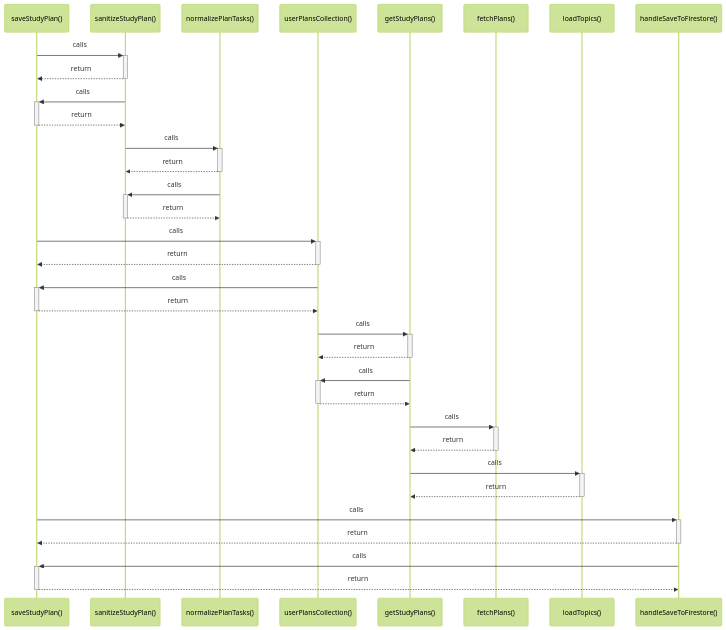
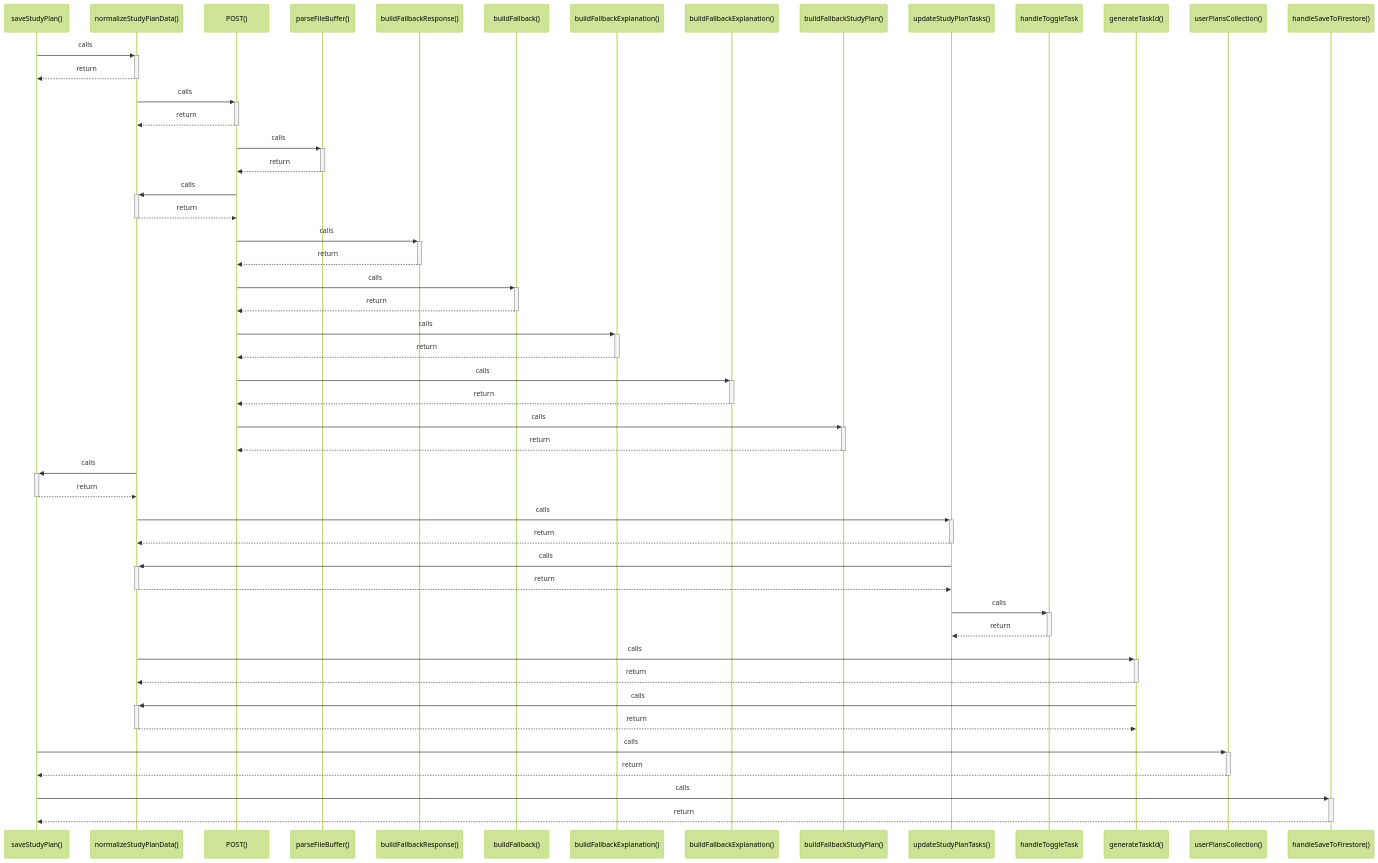
Before and after one commit to Exselsa/studysync-ai: the diagram in src/graphify-out/wiki/saveStudyPlan().md, drawn with Mermaid (forest theme). The commit also changed other lines of this file and 35 other files, not shown here.

````diff
--- a/src/graphify-out/wiki/saveStudyPlan().md
+++ b/src/graphify-out/wiki/saveStudyPlan().md
@@ -7,35 +7,51 @@
 ```mermaid
 sequenceDiagram
     participant P0 as saveStudyPlan()
-    participant P1 as sanitizeStudyPlan()
-    participant P2 as normalizePlanTasks()
-    participant P3 as userPlansCollection()
-    participant P4 as getStudyPlans()
-    participant P5 as fetchPlans()
-    participant P6 as loadTopics()
-    participant P7 as handleSaveToFirestore()
+    participant P1 as normalizeStudyPlanData()
+    participant P2 as POST()
+    participant P3 as parseFileBuffer()
+    participant P4 as buildFallbackResponse()
+    participant P5 as buildFallback()
+    participant P6 as buildFallbackExplanation()
+    participant P7 as buildFallbackExplanation()
+    participant P8 as buildFallbackStudyPlan()
+    participant P9 as updateStudyPlanTasks()
+    participant P10 as handleToggleTask
+    participant P11 as generateTaskId()
+    participant P12 as userPlansCollection()
+    participant P13 as handleSaveToFirestore()
     P0->>+ P1: calls
     P1-->>- P0: return
+    P1->>+ P2: calls
+    P2-->>- P1: return
+    P2->>+ P3: calls
+    P3-->>- P2: return
+    P2->>+ P1: calls
+    P1-->>- P2: return
+    P2->>+ P4: calls
+    P4-->>- P2: return
+    P2->>+ P5: calls
+    P5-->>- P2: return
+    P2->>+ P6: calls
+    P6-->>- P2: return
+    P2->>+ P7: calls
+    P7-->>- P2: return
+    P2->>+ P8: calls
+    P8-->>- P2: return
     P1->>+ P0: calls
     P0-->>- P1: return
-    P1->>+ P2: calls
-    P2-->>- P1: return
-    P2->>+ P1: calls
-    P1-->>- P2: return
-    P0->>+ P3: calls
-    P3-->>- P0: return
-    P3->>+ P0: calls
-    P0-->>- P3: return
-    P3->>+ P4: calls
-    P4-->>- P3: return
-    P4->>+ P3: calls
-    P3-->>- P4: return
-    P4->>+ P5: calls
-    P5-->>- P4: return
-    P4->>+ P6: calls
-    P6-->>- P4: return
-    P0->>+ P7: calls
-    P7-->>- P0: return
-    P7->>+ P0: calls
-    P0-->>- P7: return
+    P1->>+ P9: calls
+    P9-->>- P1: return
+    P9->>+ P1: calls
+    P1-->>- P9: return
+    P9->>+ P10: calls
+    P10-->>- P9: return
+    P1->>+ P11: calls
+    P11-->>- P1: return
+    P11->>+ P1: calls
+    P1-->>- P11: return
+    P0->>+ P12: calls
+    P12-->>- P0: return
+    P0->>+ P13: calls
+    P13-->>- P0: return
 ```
````
